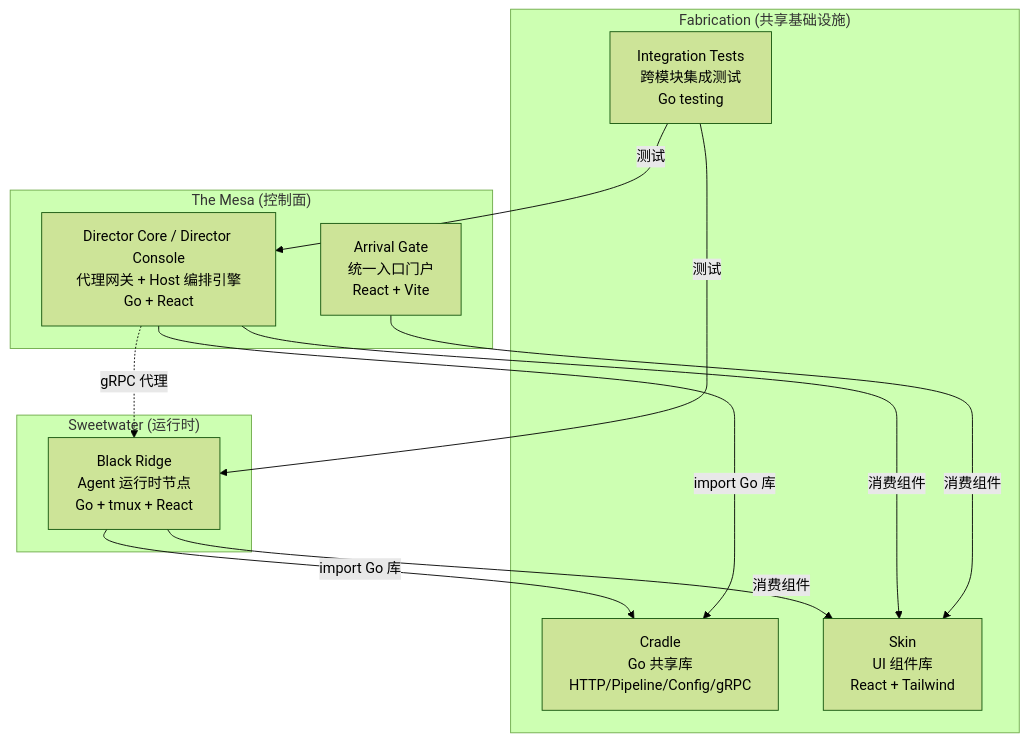
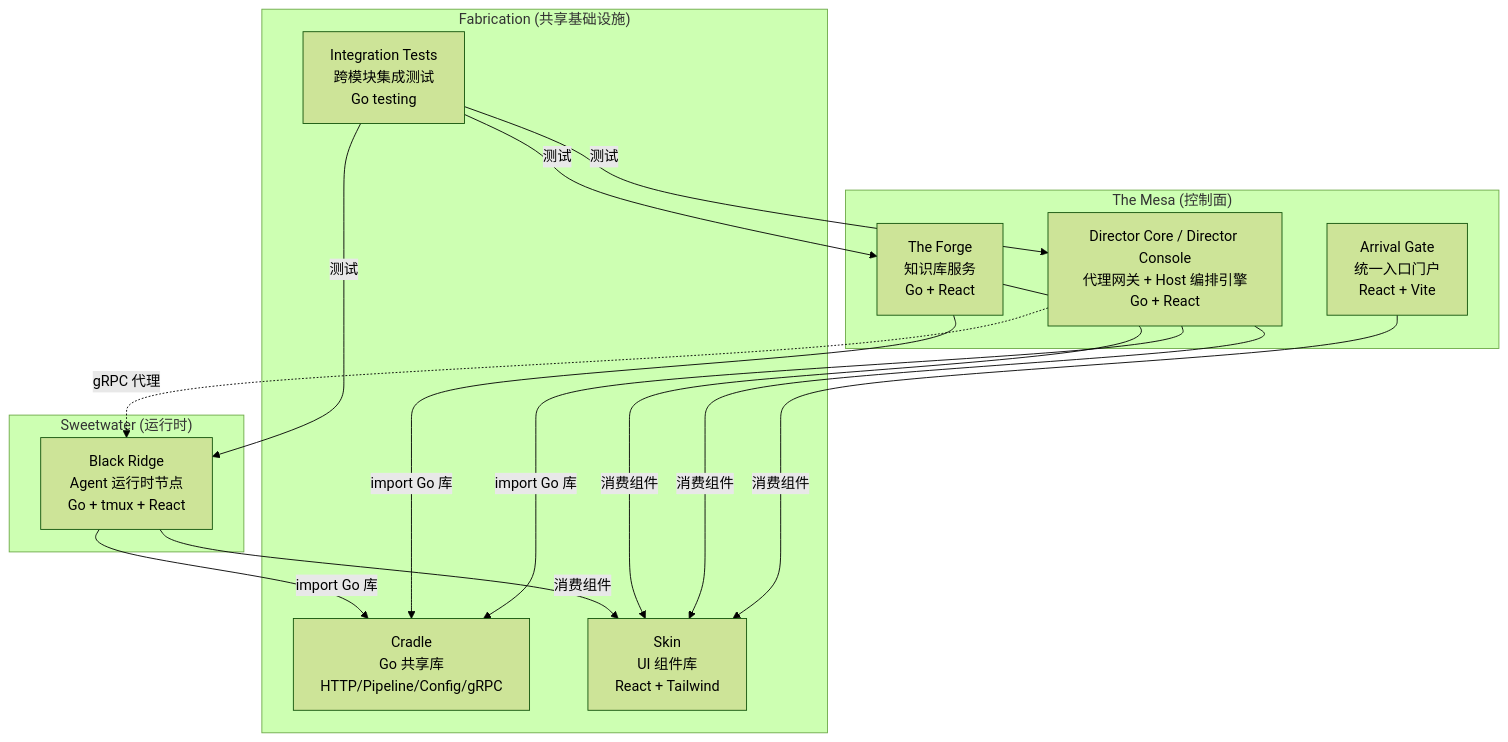
One commit to charviki/maze changed the first of 4 diagrams in docs/architecture.md. Above: the diagram before and after it, drawn with Mermaid (forest theme). The commit also changed other lines of this file and 192 other files, not shown here.

````diff
--- a/docs/architecture.md
+++ b/docs/architecture.md
@@ -5,27 +5,31 @@
 ```mermaid
 graph TD
     subgraph "The Mesa (控制面)"
         ArrivalGate["Arrival Gate<br/>统一入口门户<br/>React + Vite"]
         MesaControl["Director Core / Director Console<br/>代理网关 + Host 编排引擎<br/>Go + React"]
+        TheForge["The Forge<br/>知识库服务<br/>Go + React"]
     end
 
     subgraph "Sweetwater (运行时)"
         BR["Black Ridge<br/>Agent 运行时节点<br/>Go + tmux + React"]
     end
 
     subgraph "Fabrication (共享基础设施)"
         Cradle["Cradle<br/>Go 共享库<br/>HTTP/Pipeline/Config/gRPC"]
         Skin["Skin<br/>UI 组件库<br/>React + Tailwind"]
         IT["Integration Tests<br/>跨模块集成测试<br/>Go testing"]
     end
 
     ArrivalGate -->|消费组件| Skin
     MesaControl -->|import Go 库| Cradle
     MesaControl -->|消费组件| Skin
+    TheForge -->|import Go 库| Cradle
+    TheForge -->|消费组件| Skin
     BR -->|import Go 库| Cradle
     BR -->|消费组件| Skin
     IT -->|测试| MesaControl
+    IT -->|测试| TheForge
     IT -->|测试| BR
 
     MesaControl -.->|gRPC 代理| BR
 ```
````
